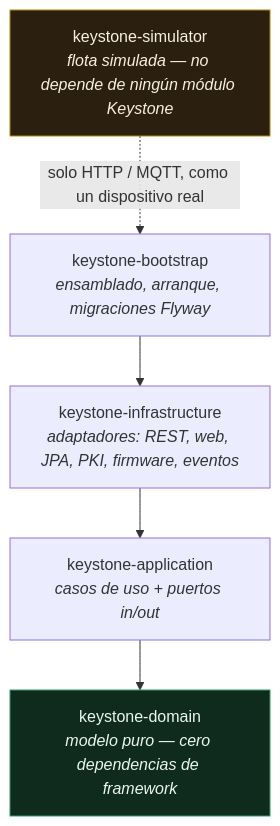
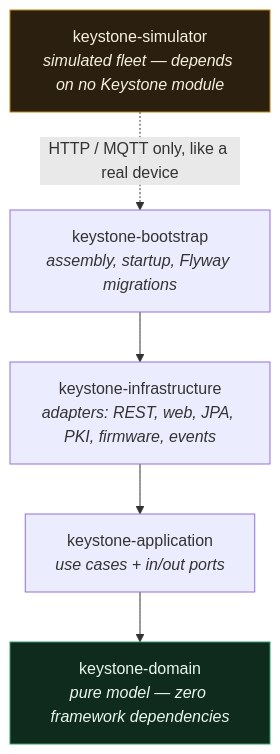
The first of 9 diagrams in README.md (Zoel-Manchon/keystone-control-plane), drawn with Mermaid before and after one commit. The commit also changed other lines of this file, not shown here.

First line of the commit message:
docs: rewrite the README in English, around the architecture

````diff
--- a/README.md
+++ b/README.md
@@ -37,16 +42,16 @@
 ```mermaid
 flowchart TB
-    SIM["keystone-simulator<br/><i>flota simulada — no depende de ningún módulo Keystone</i>"]
-    BOOT["keystone-bootstrap<br/><i>ensamblado, arranque, migraciones Flyway</i>"]
-    INFRA["keystone-infrastructure<br/><i>adaptadores: REST, web, JPA, PKI, firmware, eventos</i>"]
-    APP["keystone-application<br/><i>casos de uso + puertos in/out</i>"]
-    DOM["keystone-domain<br/><i>modelo puro — cero dependencias de framework</i>"]
+    SIM["keystone-simulator<br/><i>simulated fleet — depends on no Keystone module</i>"]
+    BOOT["keystone-bootstrap<br/><i>assembly, startup, Flyway migrations</i>"]
+    INFRA["keystone-infrastructure<br/><i>adapters: REST, web, JPA, PKI, firmware, events</i>"]
+    APP["keystone-application<br/><i>use cases + in/out ports</i>"]
+    DOM["keystone-domain<br/><i>pure model — zero framework dependencies</i>"]
 
     BOOT --> INFRA --> APP --> DOM
-    SIM -. "solo HTTP / MQTT, como un dispositivo real" .-> BOOT
+    SIM -. "HTTP / MQTT only, like a real device" .-> BOOT
 
     classDef pure fill:#0f2b1d,stroke:#2f9e68,color:#eaf7f0
     classDef out fill:#2b2010,stroke:#b8860b,color:#f7f0e0
     class DOM pure
     class SIM out
 ```
````
